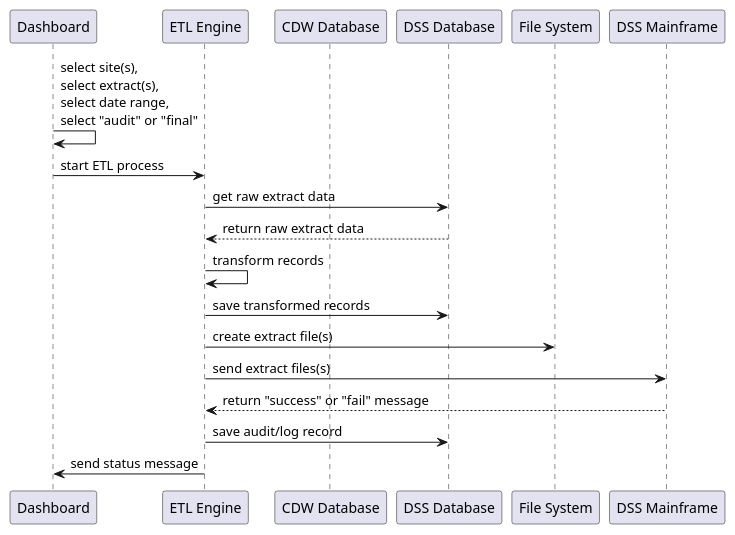
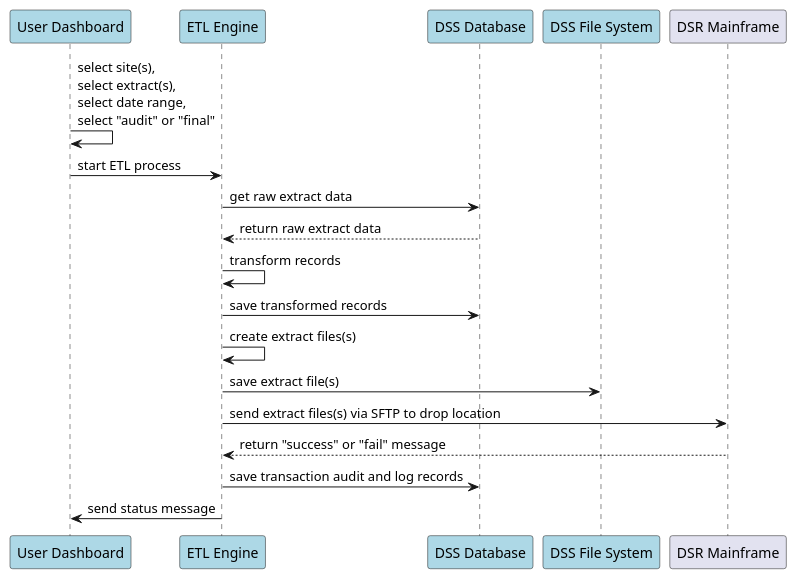
One commit to cps-software/med-insight changed the diagram in _docs/design-spec/plantuml/sdd-figure5.puml. Above: the diagram before and after it, drawn with PlantUML. The commit also changed 6 other files, not shown here.

```diff
--- a/_docs/design-spec/plantuml/sdd-figure5.puml
+++ b/_docs/design-spec/plantuml/sdd-figure5.puml
@@ -1,24 +1,24 @@
 @startuml
 
 ' ETL Workflow Sequence Diagram
 
-participant   "Dashboard"      as DSH
-participant   "ETL Engine"     as ETL
-participant   "CDW Database"   as CDW
-participant   "DSS Database"   as DDB
-participant   "File System"    as FSY
-participant   "DSS Mainframe"  as DMF
+participant   "User Dashboard"   as DSH #lightblue
+participant   "ETL Engine"       as ETL #lightblue
+participant   "DSS Database"     as DDB #lightblue
+participant   "DSS File System"  as FSY #lightblue
+participant   "DSR Mainframe"    as DSR
 
 DSH ->  DSH : select site(s),\nselect extract(s),\nselect date range,\nselect "audit" or "final"
 DSH ->  ETL : start ETL process
 ETL ->  DDB : get raw extract data
 DDB --> ETL : return raw extract data
 ETL ->  ETL : transform records
 ETL ->  DDB : save transformed records
-ETL ->  FSY : create extract file(s)
-ETL ->  DMF : send extract files(s)
-DMF --> ETL : return "success" or "fail" message
-ETL ->  DDB : save audit/log record
+ETL ->  ETL : create extract files(s)
+ETL ->  FSY : save extract file(s)
+ETL ->  DSR : send extract files(s) via SFTP to drop location
+DSR --> ETL : return "success" or "fail" message
+ETL ->  DDB : save transaction audit and log records
 ETL ->  DSH : send status message
 
 @enduml
```
